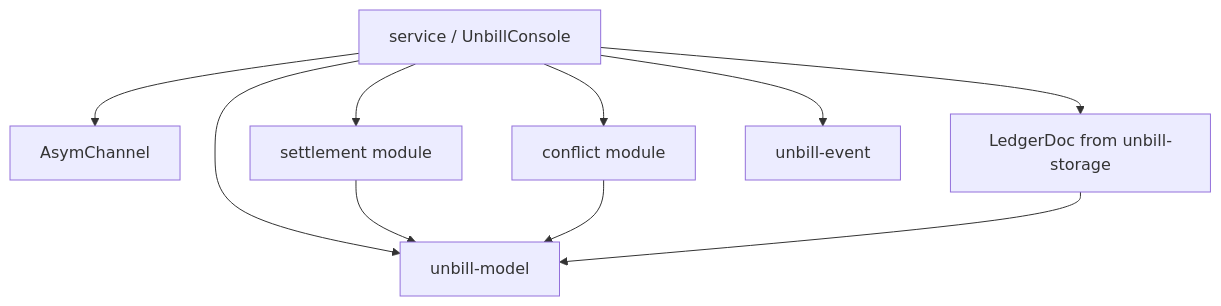
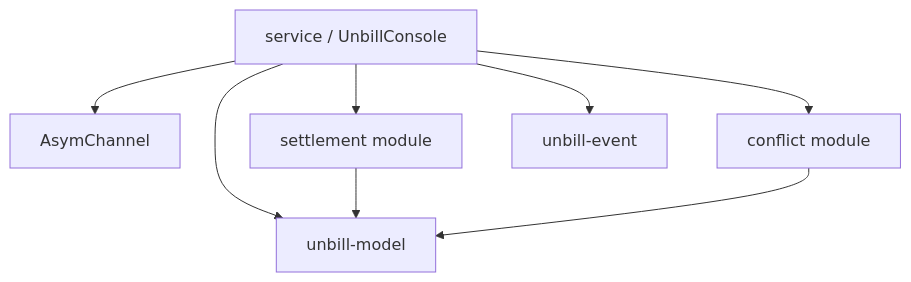
The diagram in unbill-docs/unbill-console.md (unbill-project/unbill), drawn with Mermaid before and after one commit. The commit also changed other lines of this file and 14 other files, not shown here.

````diff
--- a/unbill-docs/unbill-console.md
+++ b/unbill-docs/unbill-console.md
@@ -26,20 +29,17 @@
 ```mermaid
 flowchart TB
     Service["service / UnbillConsole"]
     Asym["AsymChannel"]
-    Storage["LedgerDoc from unbill-storage"]
     Settlement["settlement module"]
     Conflict["conflict module"]
     Model["unbill-model"]
     Event["unbill-event"]
 
     Service --> Asym
-    Service --> Storage
     Service --> Settlement
     Service --> Conflict
     Service --> Model
     Service --> Event
     Settlement --> Model
     Conflict --> Model
-    Storage --> Model
 ```
````
